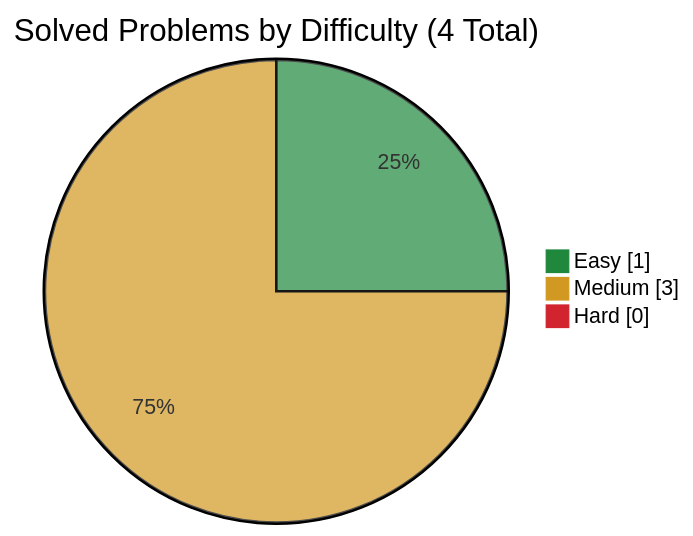
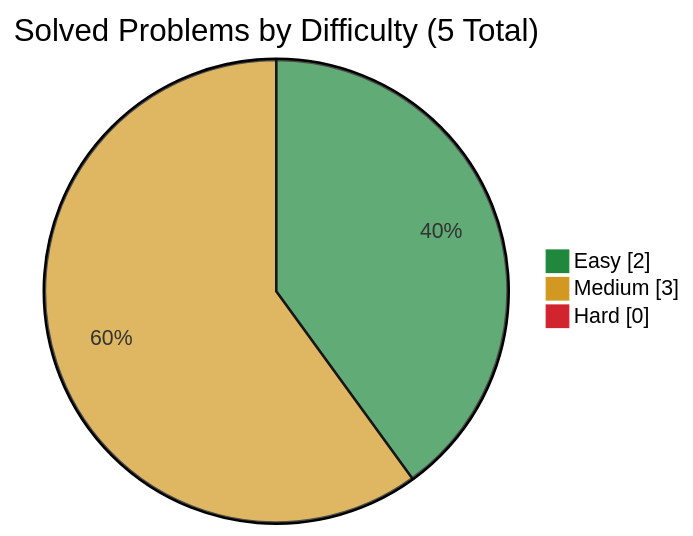
Before and after one commit to simonesiega/leetcode-solutions: the diagram in companies/ibm/README.md, drawn with Mermaid. The commit also changed other lines of this file and 4 other files, not shown here.

````diff
--- a/companies/ibm/README.md
+++ b/companies/ibm/README.md
@@ -13,8 +13,8 @@
 ```mermaid
 %%{init: {"themeVariables": {"pie1": "#1f883d", "pie2": "#d29922", "pie3": "#d1242f"}}}%%
 pie showData
-    title Solved Problems by Difficulty (4 Total)
-    "Easy" : 1
+    title Solved Problems by Difficulty (5 Total)
+    "Easy" : 2
     "Medium" : 3
     "Hard" : 0
 ```
````
